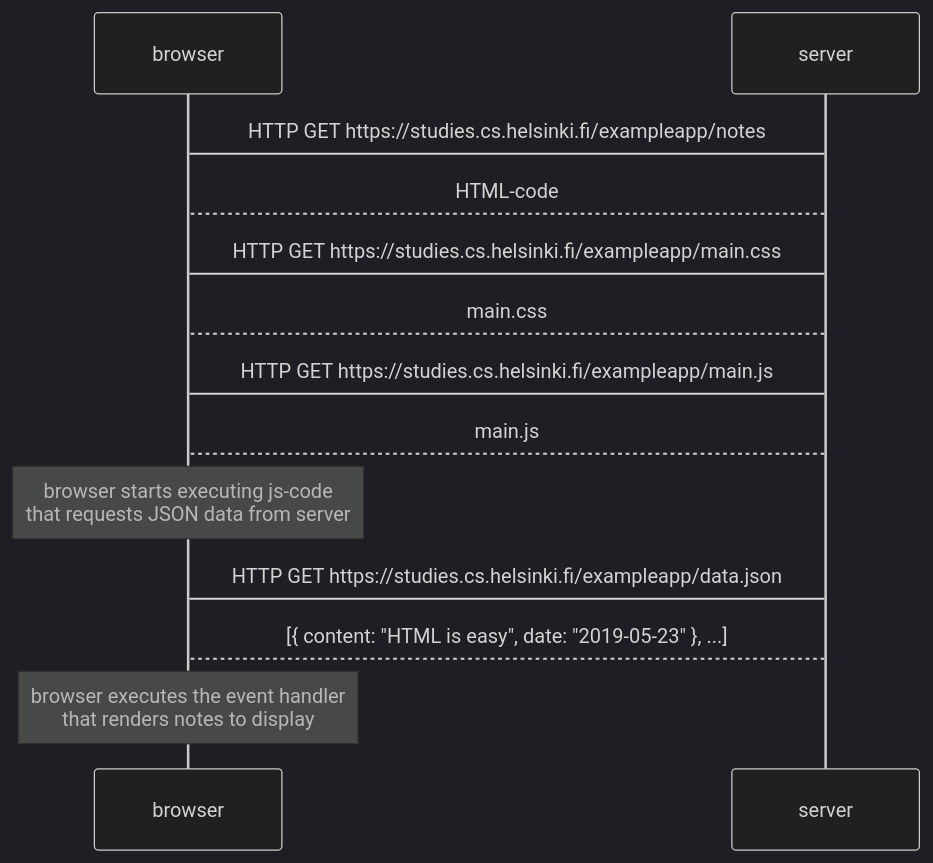
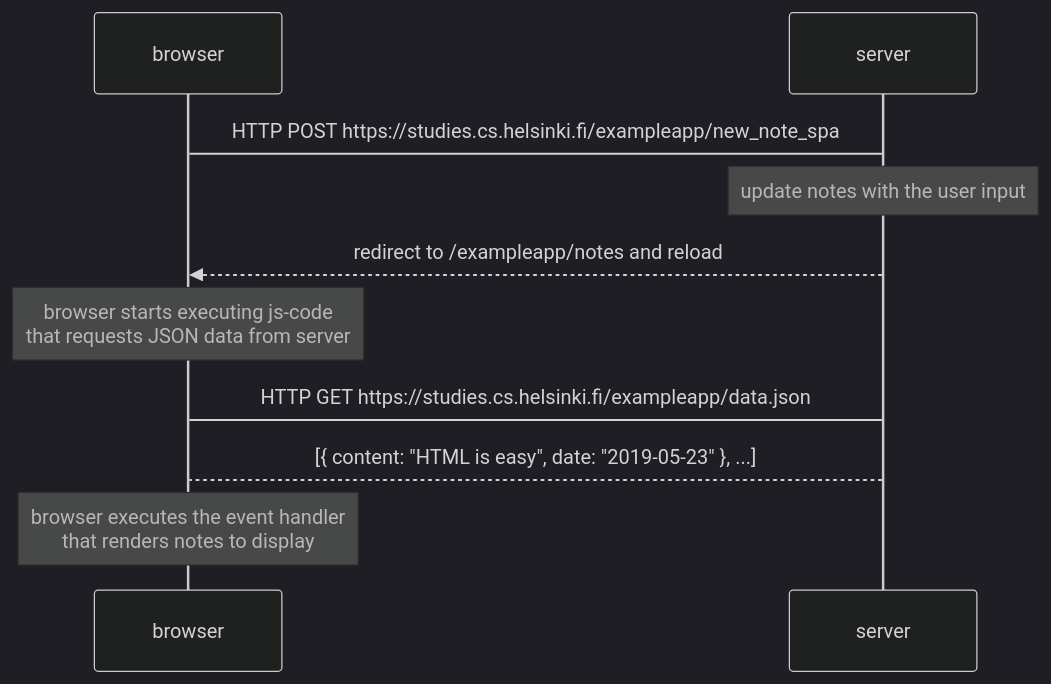
The diagram in part0/new_note_in_single_page_app_diagram.md (GautierDavid/fullsatckopen), drawn with Mermaid (dark theme) before and after one commit.

````diff
--- a/part0/new_note_in_single_page_app_diagram.md
+++ b/part0/new_note_in_single_page_app_diagram.md
@@ -1,18 +1,16 @@
 ```mermaid
 sequenceDiagram
 
-browser->server: HTTP GET https://studies.cs.helsinki.fi/exampleapp/notes
-server-->browser: HTML-code
-browser->server: HTTP GET https://studies.cs.helsinki.fi/exampleapp/main.css
-server-->browser: main.css
-browser->server: HTTP GET https://studies.cs.helsinki.fi/exampleapp/main.js
-server-->browser: main.js
+browser->server: HTTP POST https://studies.cs.helsinki.fi/exampleapp/new_note_spa
+Note over server: update notes with the user input
+
+server-->>browser: redirect to /exampleapp/notes and reload
 
 note over browser: browser starts executing js-code<br>that requests JSON data from server 
 
 browser->server: HTTP GET https://studies.cs.helsinki.fi/exampleapp/data.json
 server-->browser: [{ content: "HTML is easy", date: "2019-05-23" }, ...]
 
 note over browser: browser executes the event handler<br>that renders notes to display
 
 ```
````
